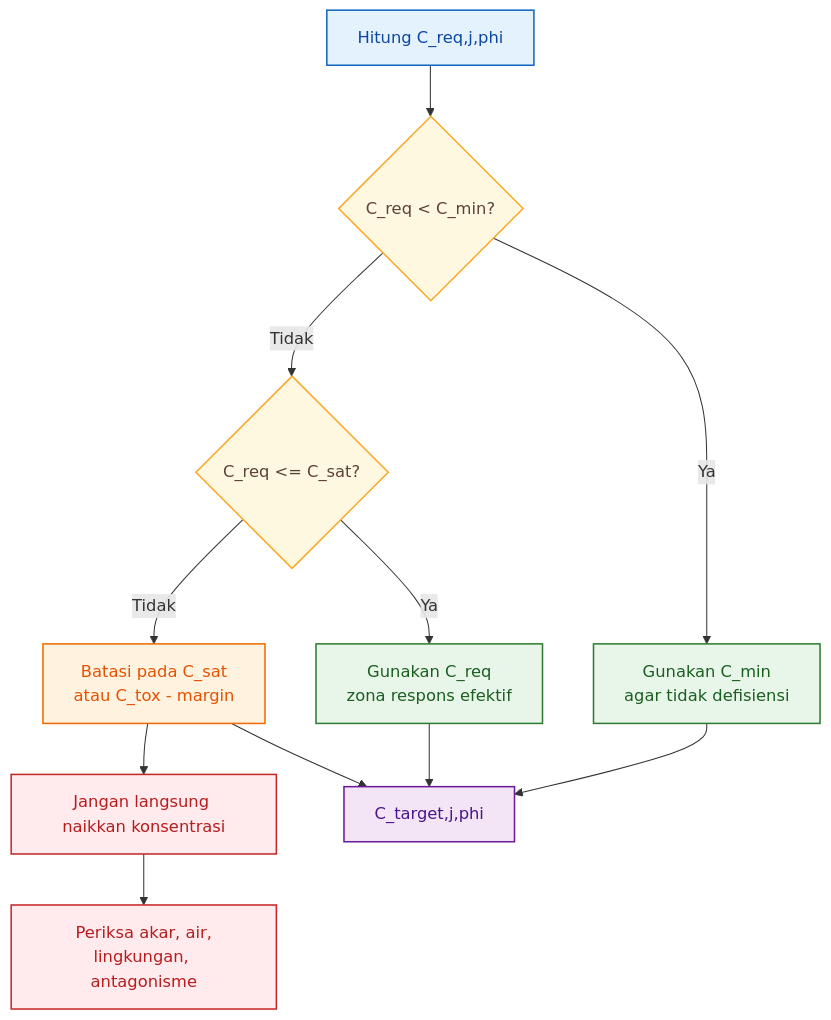
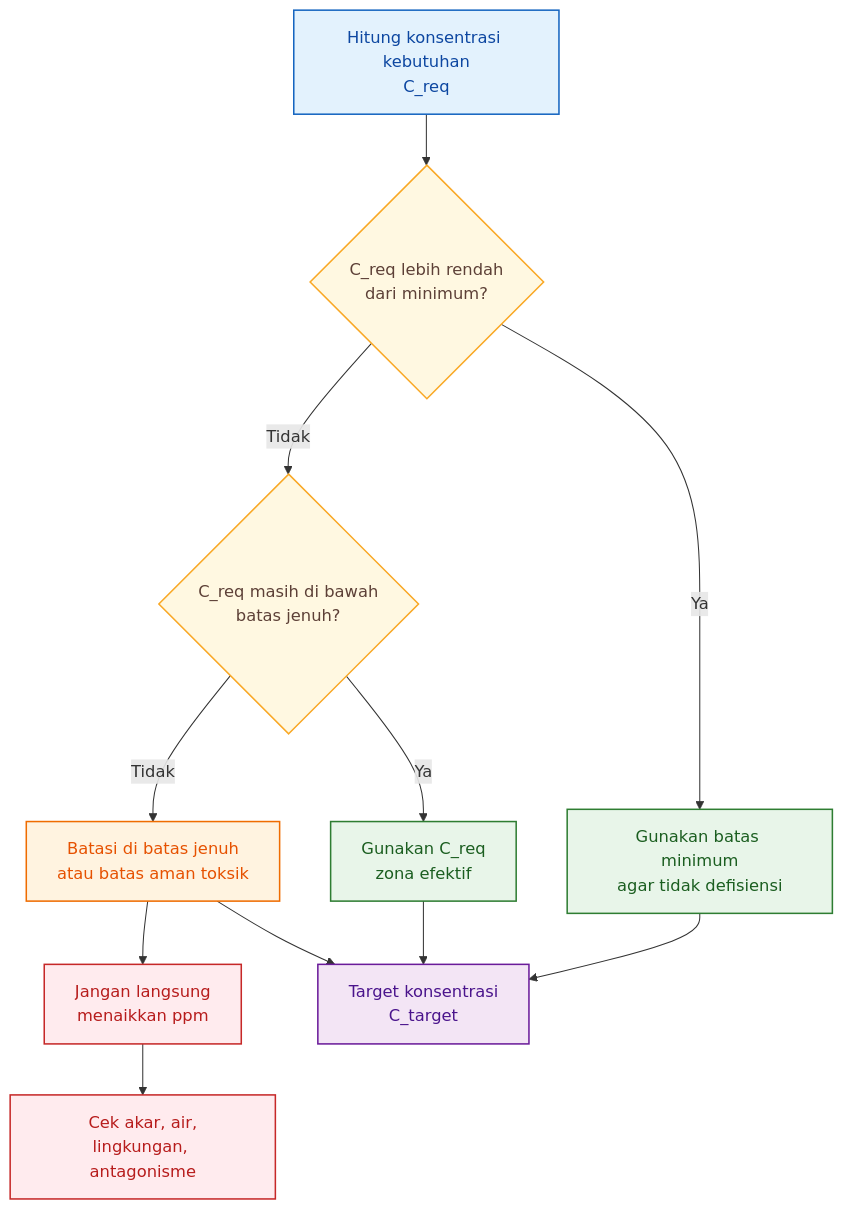
Before and after one commit to slametsampon/kawruhnology: the ninth of 15 diagrams in content/blog/agri/kebon/model-formula-hara.mdx, drawn with Mermaid. The commit also changed other lines of this file and 4 other files, not shown here.

````diff
--- a/content/blog/agri/kebon/model-formula-hara.mdx
+++ b/content/blog/agri/kebon/model-formula-hara.mdx
@@ -2587,31 +2433,31 @@
 ```mermaid id="bab7-keputusan-target"
 flowchart TD
-    A["Hitung C_req,j,phi"] --> B{"C_req < C_min?"}
+    A["Hitung konsentrasi kebutuhan<br/>C_req"] --> B{"C_req lebih rendah<br/>dari minimum?"}
 
-    B -->|Ya| C["Gunakan C_min<br/>agar tidak defisiensi"]
-    B -->|Tidak| D{"C_req <= C_sat?"}
+    B -->|Ya| C["Gunakan batas minimum<br/>agar tidak defisiensi"]
+    B -->|Tidak| D{"C_req masih di bawah<br/>batas jenuh?"}
 
-    D -->|Ya| E["Gunakan C_req<br/>zona respons efektif"]
-    D -->|Tidak| F["Batasi pada C_sat<br/>atau C_tox - margin"]
+    D -->|Ya| E["Gunakan C_req<br/>zona efektif"]
+    D -->|Tidak| F["Batasi di batas jenuh<br/>atau batas aman toksik"]
 
-    F --> G["Jangan langsung naikkan konsentrasi"]
-    G --> H["Periksa akar, air,<br/>lingkungan, antagonisme"]
+    F --> G["Jangan langsung<br/>menaikkan ppm"]
+    G --> H["Cek akar, air,<br/>lingkungan, antagonisme"]
 
-    C --> I["C_target,j,phi"]
+    C --> I["Target konsentrasi<br/>C_target"]
     E --> I
     F --> I
 
     classDef awal fill:#E3F2FD,stroke:#1565C0,stroke-width:1.5px,color:#0D47A1;
     classDef keputusan fill:#FFF8E1,stroke:#F9A825,stroke-width:1.5px,color:#5D4037;
     classDef aman fill:#E8F5E9,stroke:#2E7D32,stroke-width:1.5px,color:#1B5E20;
     classDef batas fill:#FFF3E0,stroke:#EF6C00,stroke-width:1.5px,color:#E65100;
     classDef hasil fill:#F3E5F5,stroke:#6A1B9A,stroke-width:1.5px,color:#4A148C;
     classDef koreksi fill:#FFEBEE,stroke:#C62828,stroke-width:1.5px,color:#B71C1C;
 
     class A awal;
     class B,D keputusan;
     class C,E aman;
     class F batas;
     class G,H koreksi;
     class I hasil;
 ```
````
